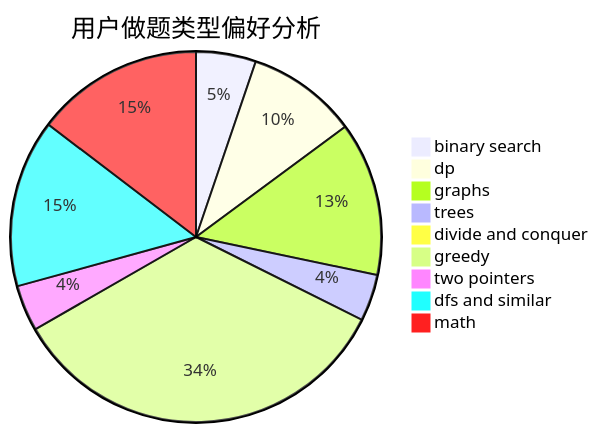
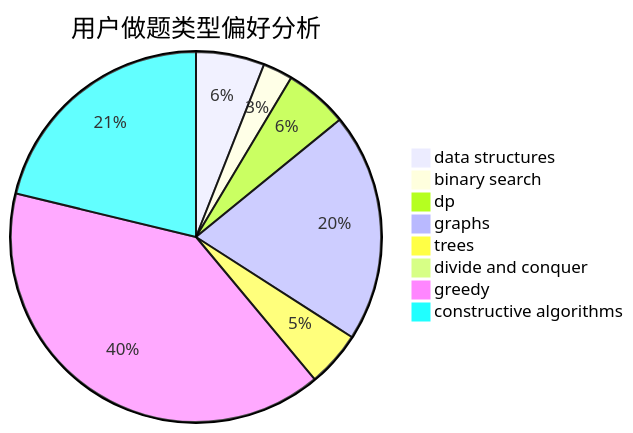
The second of 3 diagrams in docs/user/u1790.md (sherpahu/cfrs.github.io), drawn with Mermaid before and after one commit. The commit also changed other lines of this file and 2775 other files, not shown here.

````diff
--- a/docs/user/u1790.md
+++ b/docs/user/u1790.md
@@ -23,12 +23,11 @@
 ```mermaid
 pie title 用户做题类型偏好分析
-    "binary search" :  91
-    "dp" :  168
-    "graphs" :  234
-    "trees" :  71
-    "divide and conquer" :  7
-    "greedy" :  598
-    "two pointers" :  70
-    "dfs and similar" :  255
-    "math" :  255
+    "data structures" :  53
+    "binary search" :  23
+    "dp" :  49
+    "graphs" :  177
+    "trees" :  43
+    "divide and conquer" :  1
+    "greedy" :  353
+    "constructive algorithms" :  188
 ```
````
